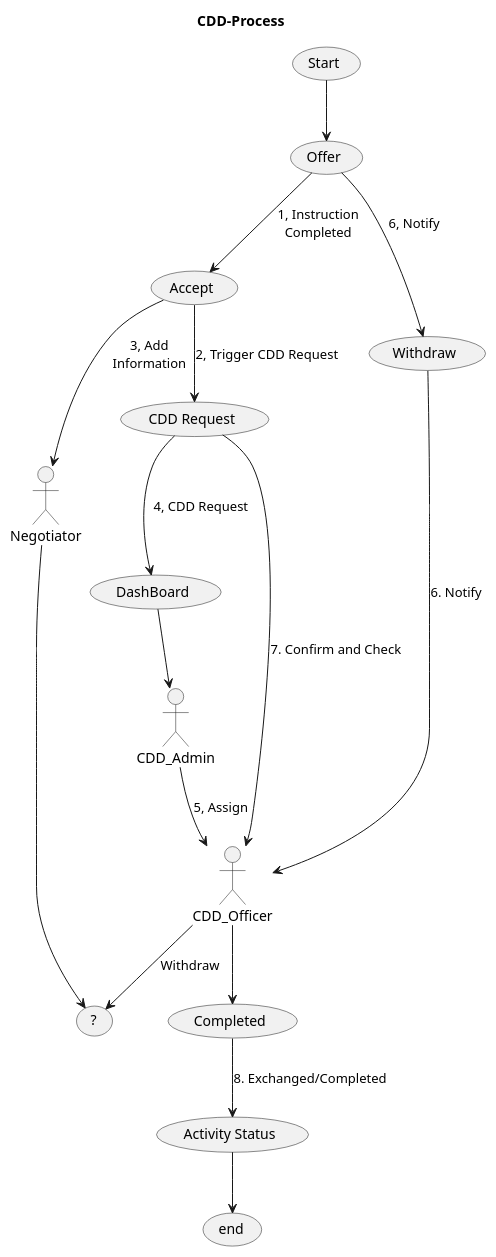
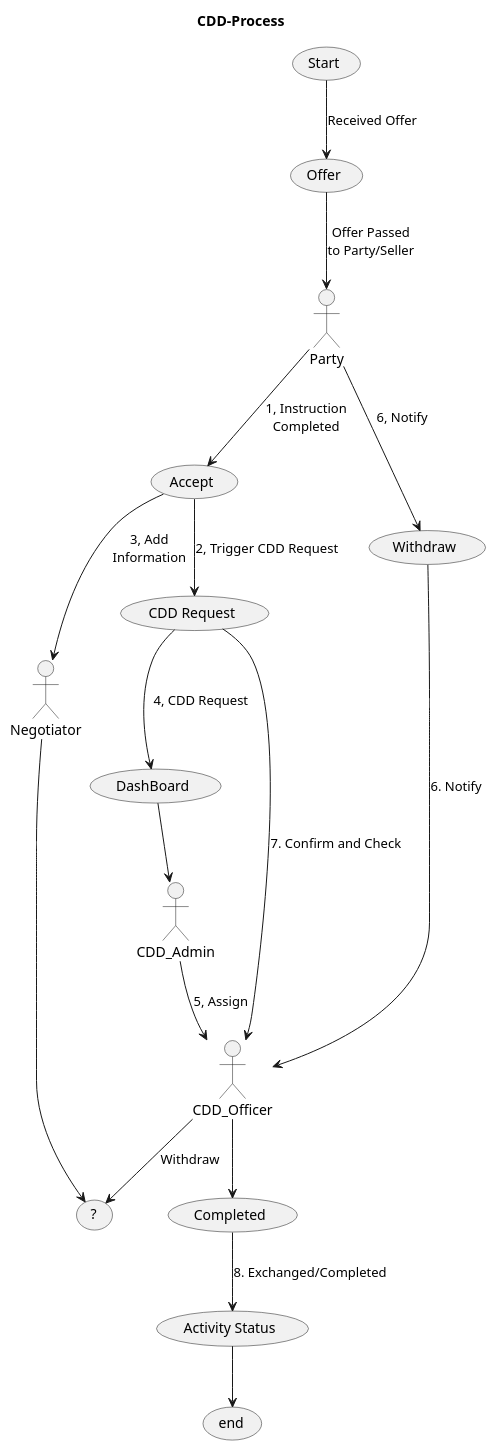
Before and after one commit to Kf-GaryNewport/Kf-GaryNewport.github.io: the diagram in assets/CDD-Process.puml, drawn with PlantUML. The commit also changed 1 other file, not shown here.

```diff
--- a/assets/CDD-Process.puml
+++ b/assets/CDD-Process.puml
@@ -1,20 +1,21 @@
 @startuml CDDProcess
 
 title CDD-Process
 
-(Start) --> (Offer)
-(Offer) --> (Accept) : 1, Instruction\nCompleted
+(Start) --> (Offer) : Received Offer
+(Offer) --> Party : Offer Passed\nto Party/Seller
+Party --> (Accept) : 1, Instruction\nCompleted
 (Accept) --> (CDD Request) : 2, Trigger CDD Request
 (Accept) --> Negotiator : 3, Add\nInformation
 Negotiator --> (?)
 (CDD Request) --> (DashBoard) : 4, CDD Request
 (DashBoard) --> CDD_Admin
 CDD_Admin --> CDD_Officer : 5, Assign
-(Offer) --> (Withdraw) : 6, Notify
+Party --> (Withdraw) : 6, Notify
 (Withdraw) --> CDD_Officer : 6. Notify
 (CDD Request) --> CDD_Officer : 7. Confirm and Check
 CDD_Officer --> (Completed)
 CDD_Officer --> (?) : Withdraw
 (Completed) --> (Activity Status) : 8. Exchanged/Completed
 (Activity Status) --> (end)
 @enduml
```
